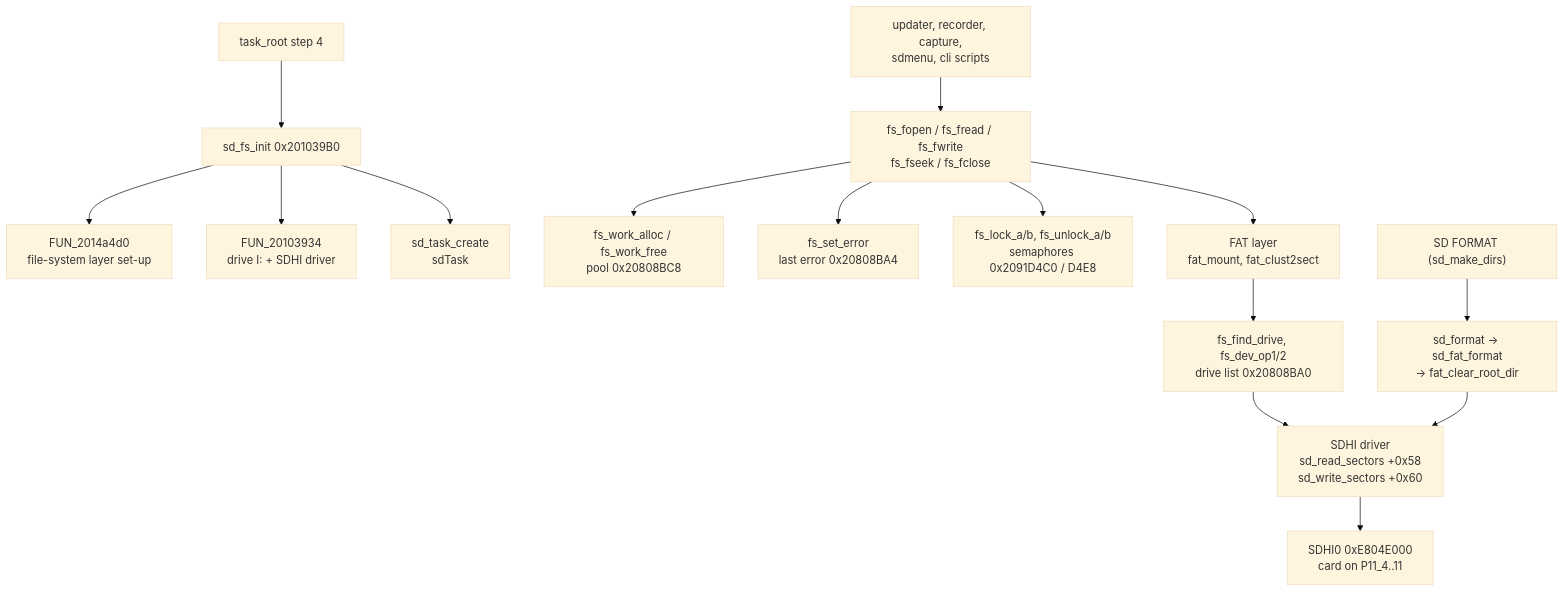
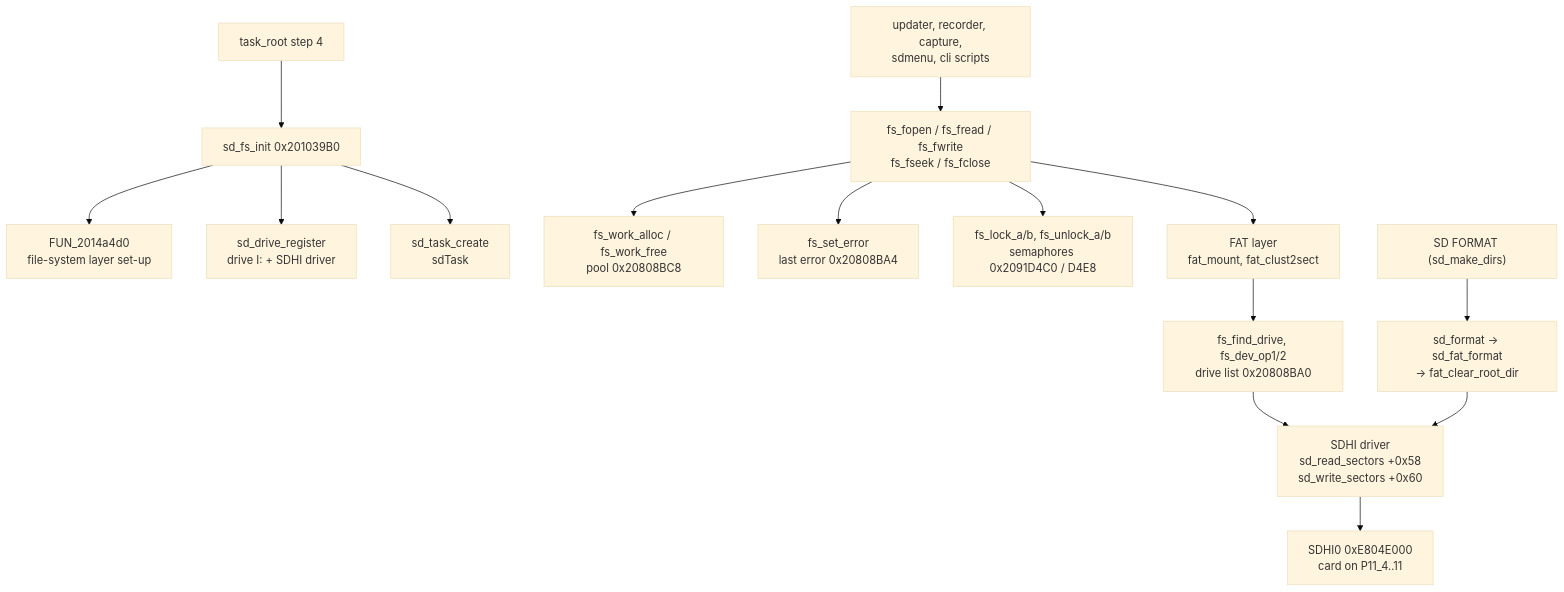
The diagram in docs/code/display/filesystem.md (Reid-n0rc/FT-710_Firmware), drawn with Mermaid (base theme) before and after one commit. The commit also changed other lines of this file and 22 other files, not shown here.

````diff
--- a/docs/code/display/filesystem.md
+++ b/docs/code/display/filesystem.md
@@ -36,17 +36,17 @@
 ```mermaid
 flowchart TD
   ROOT["task_root step 4"] --> INIT["sd_fs_init 0x201039B0"]
   INIT --> FSL["FUN_2014a4d0<br/>file-system layer set-up"]
-  INIT --> REG["FUN_20103934<br/>drive I: + SDHI driver"]
+  INIT --> REG["sd_drive_register<br/>drive I: + SDHI driver"]
   INIT --> TSK["sd_task_create<br/>sdTask"]
   APP["updater, recorder, capture,<br/>sdmenu, cli scripts"] --> API["fs_fopen / fs_fread / fs_fwrite<br/>fs_fseek / fs_fclose"]
   API --> WORK["fs_work_alloc / fs_work_free<br/>pool 0x20808BC8"]
   API --> ERR["fs_set_error<br/>last error 0x20808BA4"]
   API --> LOCK["fs_lock_a/b, fs_unlock_a/b<br/>semaphores 0x2091D4C0 / D4E8"]
   API --> FAT["FAT layer<br/>fat_mount, fat_clust2sect"]
   FAT --> DRV["fs_find_drive, fs_dev_op1/2<br/>drive list 0x20808BA0"]
   DRV --> SD["SDHI driver<br/>sd_read_sectors +0x58<br/>sd_write_sectors +0x60"]
   SD --> HW["SDHI0 0xE804E000<br/>card on P11_4..11"]
   MENU["SD FORMAT (sd_make_dirs)"] --> FMT["sd_format -> sd_fat_format<br/>-> fat_clear_root_dir"]
   FMT --> SD
 ```
````
